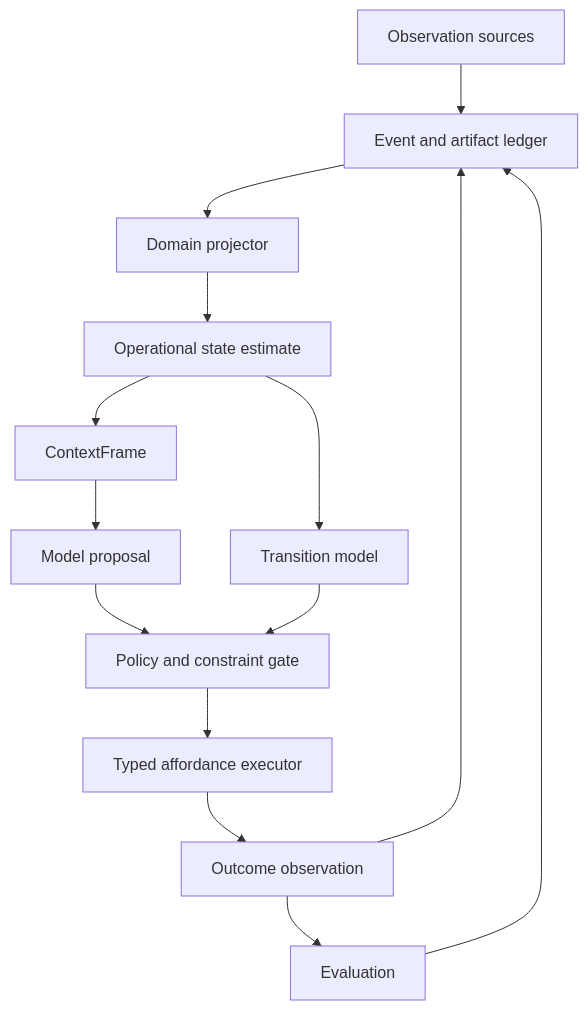
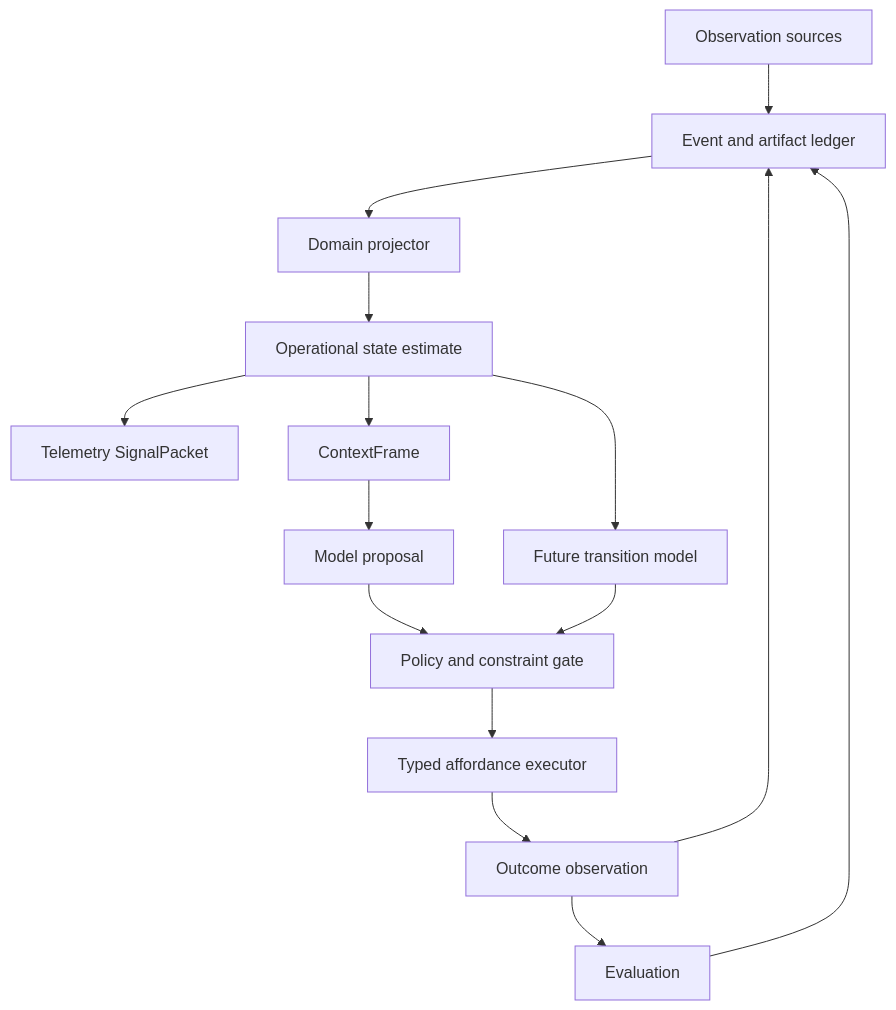
Before and after one commit to kmosoti/blackcell: the diagram in docs/architecture.md, drawn with Mermaid. The commit also changed other lines of this file and 58 other files, not shown here.

````diff
--- a/docs/architecture.md
+++ b/docs/architecture.md
@@ -20,16 +20,17 @@
 ```mermaid
 flowchart TD
     Sources[Observation sources] --> Ledger[Event and artifact ledger]
     Ledger --> Projector[Domain projector]
     Projector --> State[Operational state estimate]
+    State --> Signal[Telemetry SignalPacket]
     State --> Context[ContextFrame]
     Context --> Proposal[Model proposal]
     Proposal --> Gate[Policy and constraint gate]
     Gate --> Executor[Typed affordance executor]
     Executor --> Outcome[Outcome observation]
     Outcome --> Ledger
     Outcome --> Evaluation[Evaluation]
     Evaluation --> Ledger
-    State --> Transition[Transition model]
+    State --> Transition[Future transition model]
     Transition --> Gate
 ```
````
